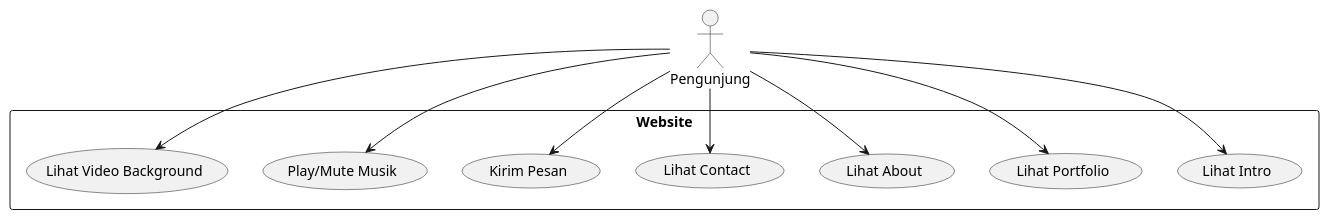
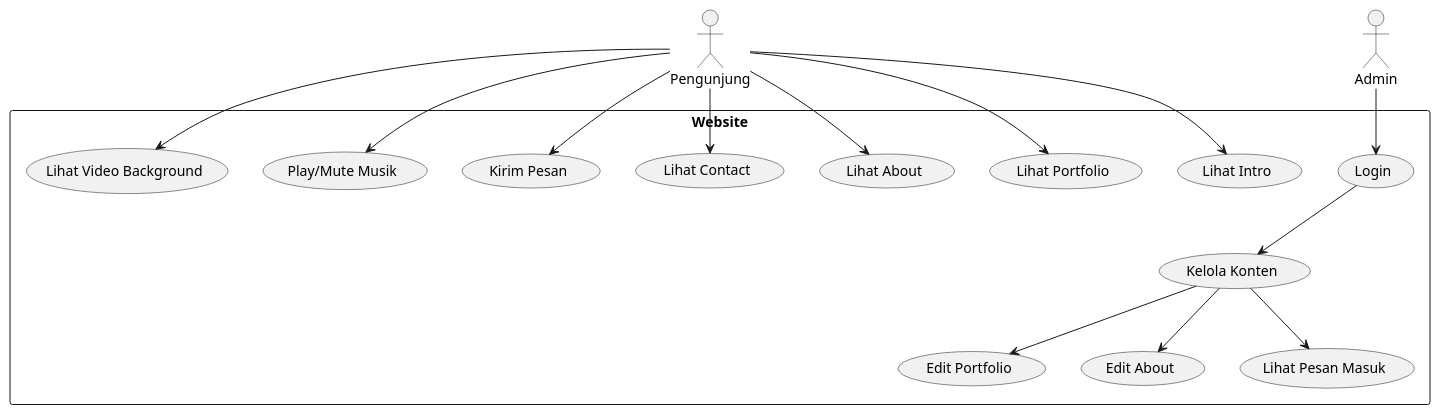
One commit to PDPyeh/webdesignbuatkelompok changed the diagram in Usecase.wsd. Above: the diagram before and after it, drawn with PlantUML. The commit also changed 1 other file, not shown here.

Commit message:
nambah admin

```diff
--- a/Usecase.wsd
+++ b/Usecase.wsd
@@ -1,14 +1,20 @@
-@startuml usecase
+@startuml
 actor Pengunjung
+actor Admin
 
 rectangle Website {
     Pengunjung --> (Lihat Intro)
     Pengunjung --> (Lihat Portfolio)
     Pengunjung --> (Lihat About)
     Pengunjung --> (Lihat Contact)
     Pengunjung --> (Kirim Pesan)
     Pengunjung --> (Play/Mute Musik)
     Pengunjung --> (Lihat Video Background)
+
+    Admin --> (Login)
+    (Login) --> (Kelola Konten)
+    (Kelola Konten) --> (Edit Portfolio)
+    (Kelola Konten) --> (Edit About)
+    (Kelola Konten) --> (Lihat Pesan Masuk)
 }
-
 @enduml
```
